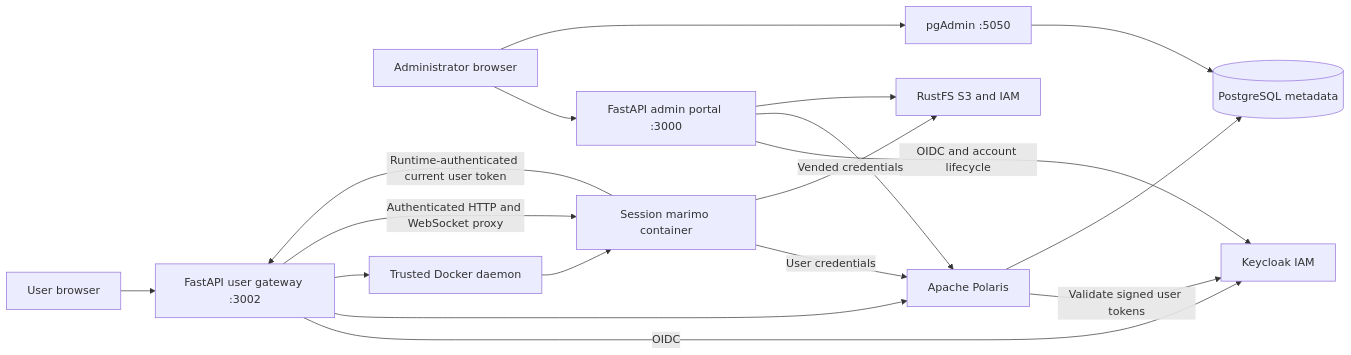
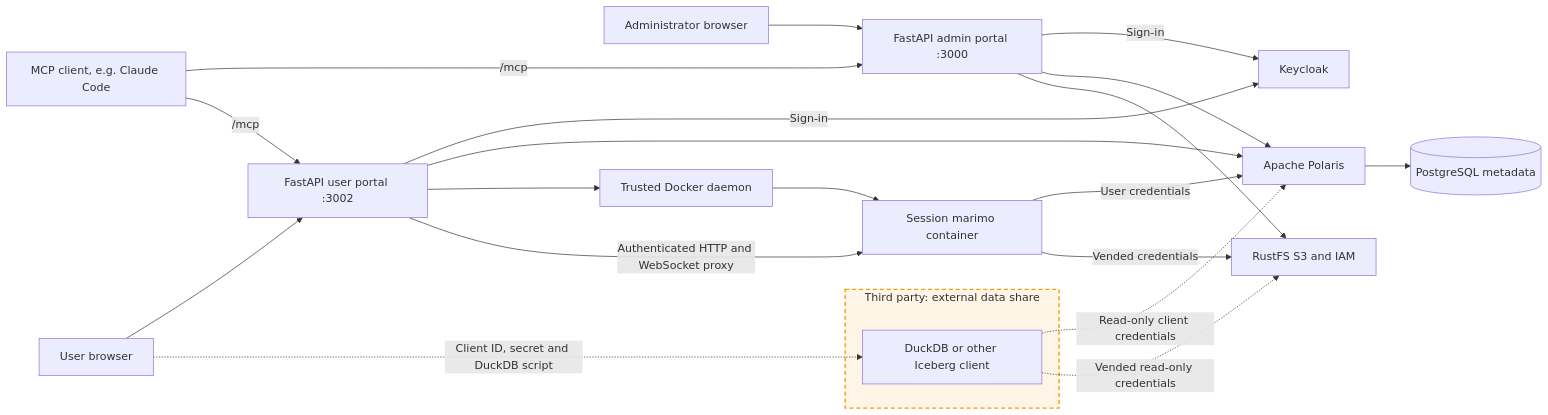
One commit to sanderdw/iceberg-data-platform changed the diagram in docs/architecture.md. Above: the diagram before and after it, drawn with Mermaid. The commit also changed other lines of this file and 122 other files, not shown here.

````diff
--- a/docs/architecture.md
+++ b/docs/architecture.md
@@ -3,20 +3,27 @@
 ```mermaid
 flowchart LR
     Admin[Administrator browser] --> AdminAPI[FastAPI admin portal :3000]
-    Admin --> PgAdmin[pgAdmin :5050]
-    PgAdmin --> Postgres
-    User[User browser] --> UserAPI[FastAPI user gateway :3002]
-    AdminAPI -->|OIDC and account lifecycle| Keycloak[Keycloak IAM]
-    UserAPI -->|OIDC| Keycloak
-    Polaris -->|Validate signed user tokens| Keycloak
+    User[User browser] --> UserAPI[FastAPI user portal :3002]
+    Agent[MCP client, e.g. Claude Code] -->|/mcp| AdminAPI
+    Agent -->|/mcp| UserAPI
+    AdminAPI -->|Sign-in| Keycloak
+    UserAPI -->|Sign-in| Keycloak
     AdminAPI --> Polaris[Apache Polaris]
     AdminAPI --> Storage[RustFS S3 and IAM]
     UserAPI --> Polaris
     UserAPI --> Docker[Trusted Docker daemon]
     Docker --> Notebook[Session marimo container]
     UserAPI -->|Authenticated HTTP and WebSocket proxy| Notebook
-    Notebook -->|Runtime-authenticated current user token| UserAPI
     Notebook -->|User credentials| Polaris
     Notebook -->|Vended credentials| Storage
     Polaris --> Postgres[(PostgreSQL metadata)]
+
+    subgraph ThirdParty[Third party: external data share]
+        Recipient[DuckDB or other Iceberg client]
+    end
+    User -.->|Client ID, secret and DuckDB script| Recipient
+    Recipient -.->|Read-only client credentials| Polaris
+    Recipient -.->|Vended read-only credentials| Storage
+
+    style ThirdParty fill:#f59e0b1a,stroke:#f59e0b,stroke-width:2px,stroke-dasharray:6 4
 ```
````
